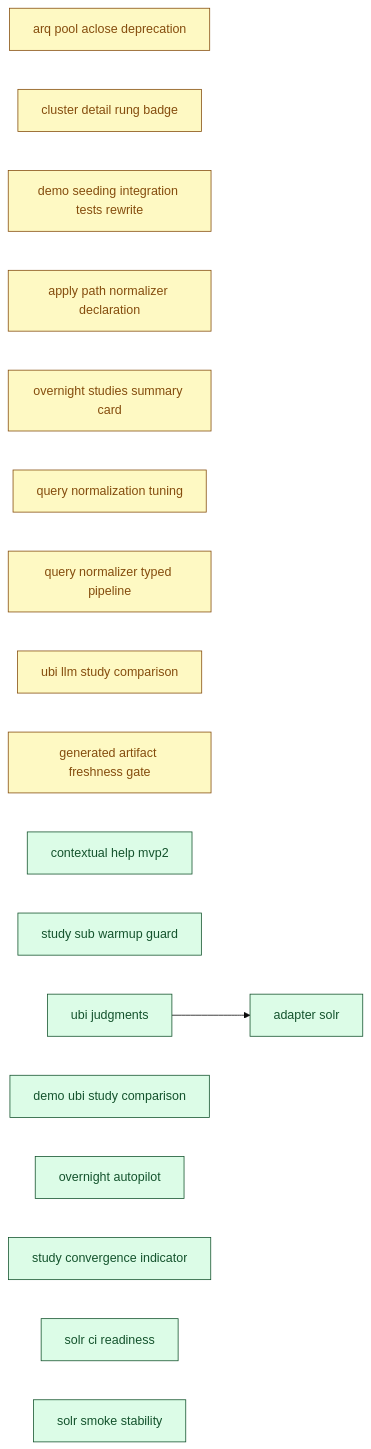
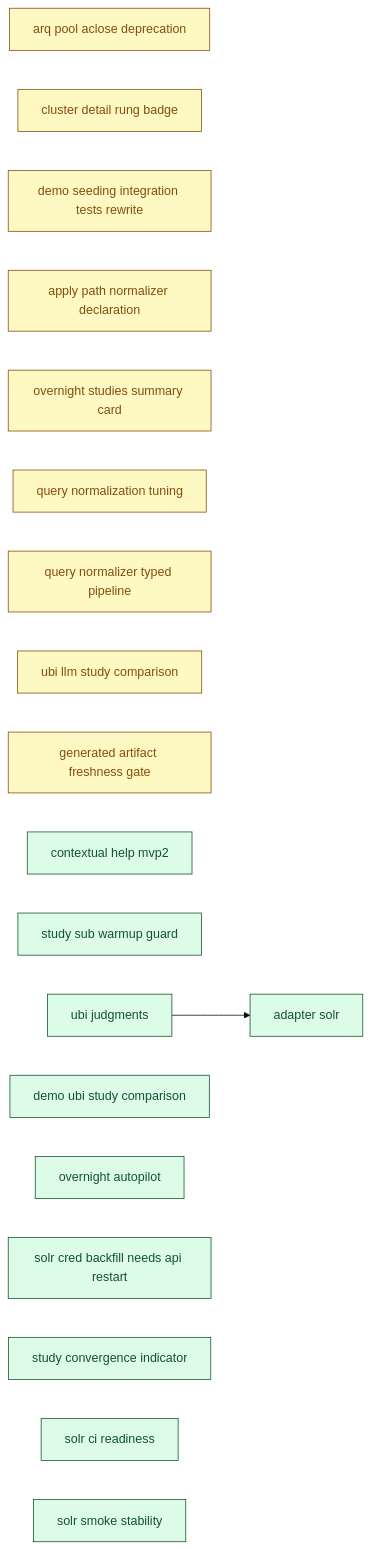
Before and after one commit to SoundMindsAI/relyloop: the diagram in docs/00_overview/MVP2_DASHBOARD.md, drawn with Mermaid (base theme). The commit also changed other lines of this file and 11 other files, not shown here.

````diff
--- a/docs/00_overview/MVP2_DASHBOARD.md
+++ b/docs/00_overview/MVP2_DASHBOARD.md
@@ -104,45 +104,47 @@
 ```mermaid
 graph LR
   classDef done fill:#dcfce7,stroke:#14532d,color:#14532d;
   classDef implement fill:#ffedd5,stroke:#9a3412,color:#9a3412;
   classDef plan fill:#fef9c3,stroke:#854d0e,color:#854d0e;
   classDef spec fill:#dbeafe,stroke:#1e40af,color:#1e40af;
   classDef idea fill:#f1f5f9,stroke:#334155,color:#334155;
   chore_arq_pool_aclose_deprecation["arq pool aclose deprecation"]
   class chore_arq_pool_aclose_deprecation plan;
   chore_cluster_detail_rung_badge["cluster detail rung badge"]
   class chore_cluster_detail_rung_badge plan;
   chore_demo_seeding_integration_tests_rewrite["demo seeding integration tests rewrite"]
   class chore_demo_seeding_integration_tests_rewrite plan;
   feat_apply_path_normalizer_declaration["apply path normalizer declaration"]
   class feat_apply_path_normalizer_declaration plan;
   feat_overnight_studies_summary_card["overnight studies summary card"]
   class feat_overnight_studies_summary_card plan;
   feat_query_normalization_tuning["query normalization tuning"]
   class feat_query_normalization_tuning plan;
   feat_query_normalizer_typed_pipeline["query normalizer typed pipeline"]
   class feat_query_normalizer_typed_pipeline plan;
   feat_ubi_llm_study_comparison["ubi llm study comparison"]
   class feat_ubi_llm_study_comparison plan;
   infra_generated_artifact_freshness_gate["generated artifact freshness gate"]
   class infra_generated_artifact_freshness_gate plan;
   feat_contextual_help_mvp2["contextual help mvp2"]
   class feat_contextual_help_mvp2 done;
   feat_study_sub_warmup_guard["study sub warmup guard"]
   class feat_study_sub_warmup_guard done;
   feat_ubi_judgments["ubi judgments"]
   class feat_ubi_judgments done;
   feat_demo_ubi_study_comparison["demo ubi study comparison"]
   class feat_demo_ubi_study_comparison done;
   feat_overnight_autopilot["overnight autopilot"]
   class feat_overnight_autopilot done;
   infra_adapter_solr["adapter solr"]
   class infra_adapter_solr done;
+  chore_solr_cred_backfill_needs_api_restart["solr cred backfill needs api restart"]
+  class chore_solr_cred_backfill_needs_api_restart done;
   feat_study_convergence_indicator["study convergence indicator"]
   class feat_study_convergence_indicator done;
   infra_solr_ci_readiness["solr ci readiness"]
   class infra_solr_ci_readiness done;
   infra_solr_smoke_stability["solr smoke stability"]
   class infra_solr_smoke_stability done;
   feat_ubi_judgments --> infra_adapter_solr
 ```
````
